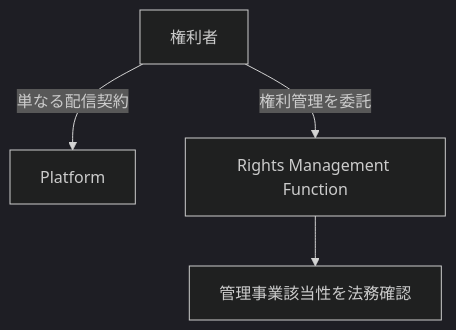
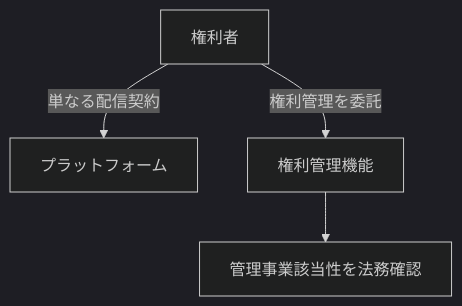
The eighth of 45 diagrams in docs/whitepaper/11-legal-sto-tax.md (ShigeichiroYamasaki/creator-first-platform), drawn with Mermaid (dark theme) before and after one commit. The commit also changed other lines of this file and 72 other files, not shown here.

````diff
--- a/docs/whitepaper/11-legal-sto-tax.md
+++ b/docs/whitepaper/11-legal-sto-tax.md
@@ -228,10 +228,10 @@
 ```mermaid
 flowchart TD
     CREATOR[権利者]
-    PLATFORM[Platform]
+    PLATFORM[プラットフォーム]
 
     CREATOR -->|単なる配信契約| PLATFORM
-    CREATOR -->|権利管理を委託| MGMT[Rights Management Function]
+    CREATOR -->|権利管理を委託| MGMT[権利管理機能]
 
     MGMT --> REVIEW[管理事業該当性を法務確認]
 ```
````
